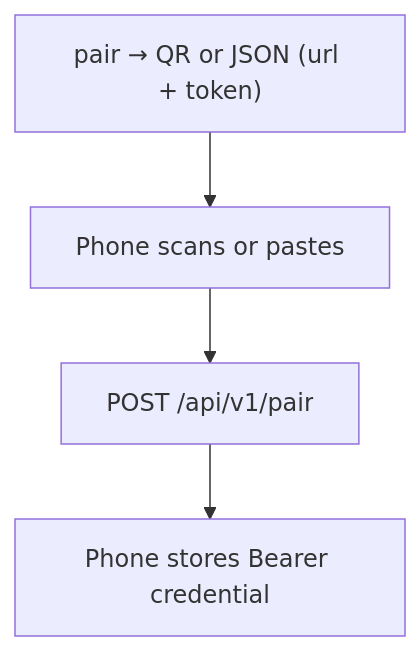
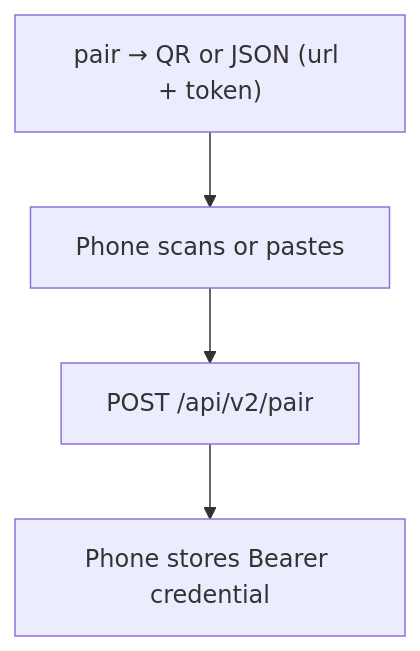
Before and after one commit to 3xian/PinkCollab: the second of 2 diagrams in docs/deployment.md, drawn with Mermaid. The commit also changed other lines of this file and 37 other files, not shown here.

````diff
--- a/docs/deployment.md
+++ b/docs/deployment.md
@@ -97,6 +97,6 @@
 ```mermaid
 flowchart TB
     A["pair → QR or JSON (url + token)"] --> B["Phone scans or pastes"]
-    B --> C["POST /api/v1/pair"]
+    B --> C["POST /api/v2/pair"]
     C --> D["Phone stores Bearer credential"]
 ```
````
